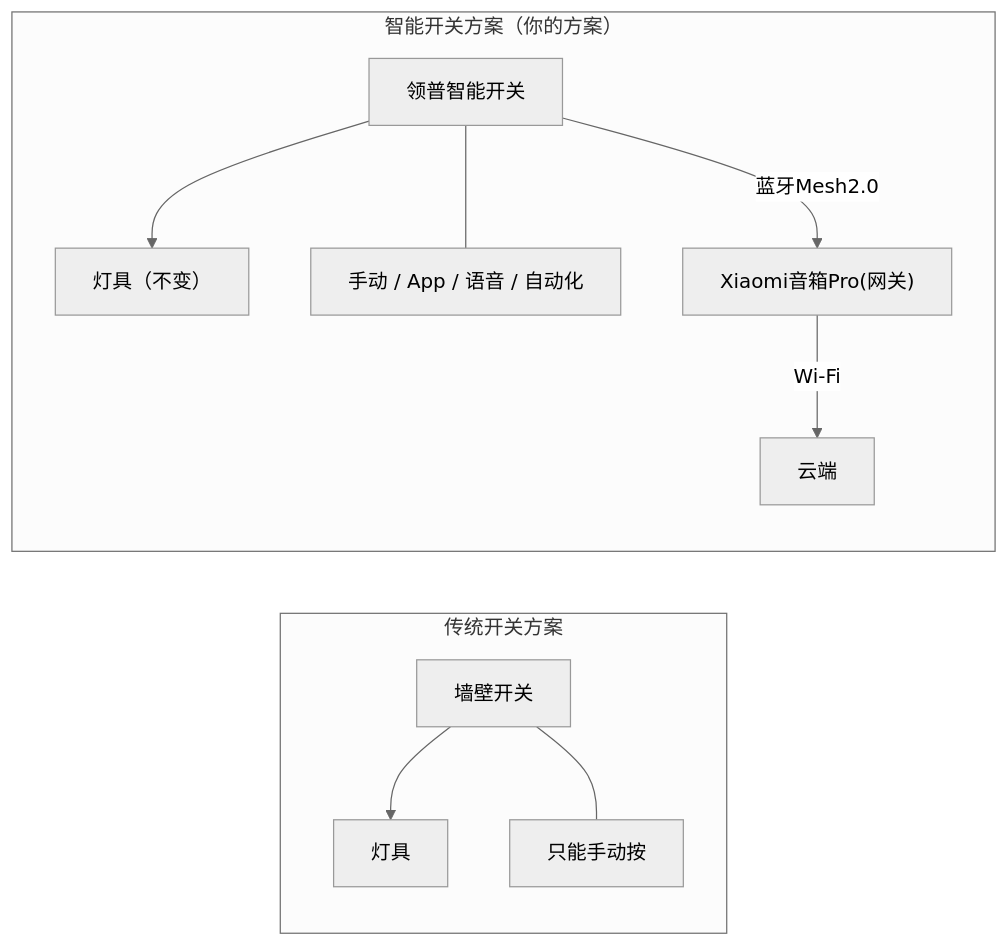
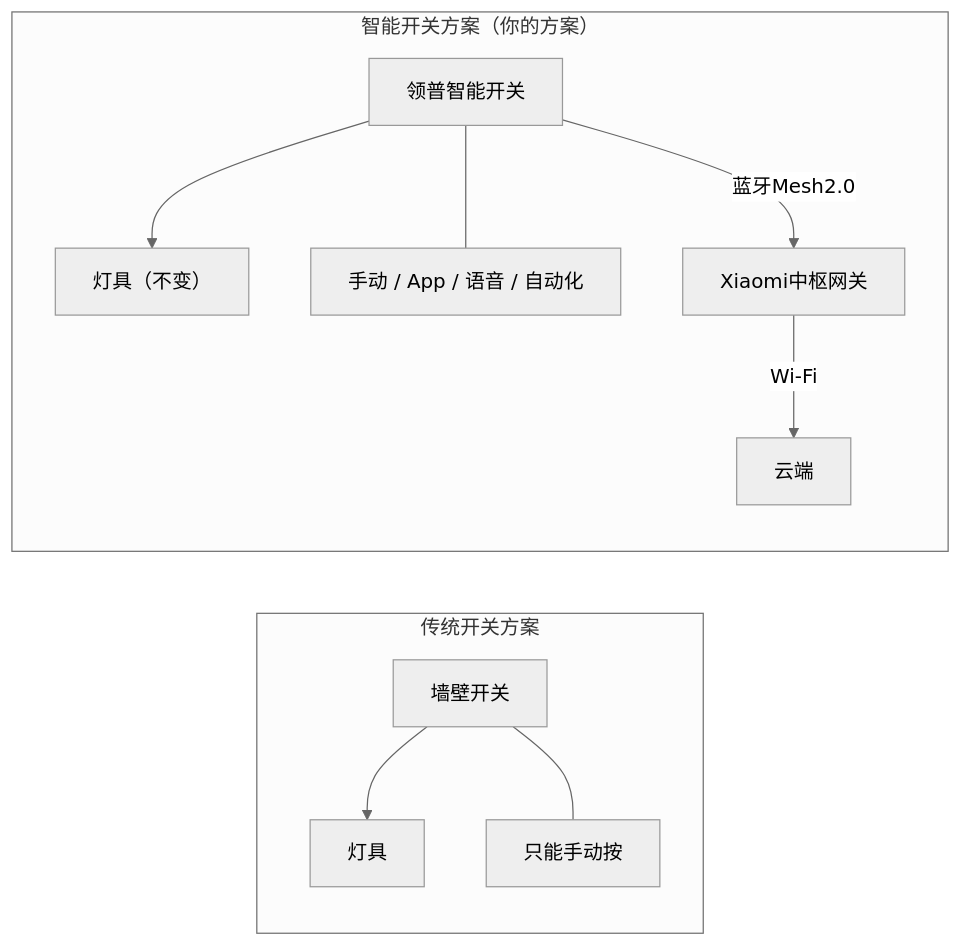
Before and after one commit to csh1314/home-smart: the fourth of 4 diagrams in docs/01-architecture.md, drawn with Mermaid (neutral theme). The commit also changed other lines of this file and 1 other file, not shown here.

````diff
--- a/docs/01-architecture.md
+++ b/docs/01-architecture.md
@@ -322,14 +321,14 @@
 ```mermaid
 graph LR
     subgraph 传统开关方案
         A1["墙壁开关"] --> B1["灯具"]
         A1 --- C1["只能手动按"]
     end
 
     subgraph smart["智能开关方案（你的方案）"]
         A2["领普智能开关"] --> B2["灯具（不变）"]
         A2 --- C2["手动 / App / 语音 / 自动化"]
-        A2 -- "蓝牙Mesh2.0" --> D2["Xiaomi音箱Pro(网关)"]
+        A2 -- "蓝牙Mesh2.0" --> D2["Xiaomi中枢网关"]
         D2 -- "Wi-Fi" --> E2["云端"]
     end
 ```
````
